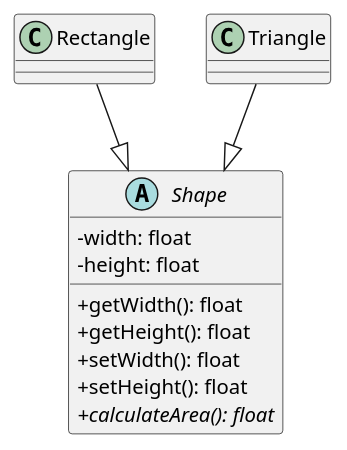
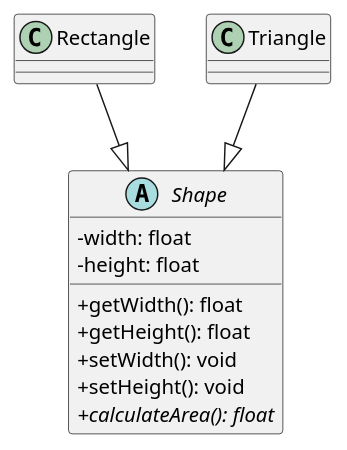
One commit to alangiralt-dot/tasca_s1_05 changed the diagram in nivell_1/exercici_2/diagram.puml. Above: the diagram before and after it, drawn with PlantUML.

Commit message:
docs(niv1 ex2): update return type of the setters

```diff
--- a/nivell_1/exercici_2/diagram.puml
+++ b/nivell_1/exercici_2/diagram.puml
@@ -1,16 +1,16 @@
 @startuml
 skinparam classAttributeIconSize 0
 abstract class Shape{
     - width: float
     - height: float
     + getWidth(): float
     + getHeight(): float
-    + setWidth(): float
-    + setHeight(): float
+    + setWidth(): void
+    + setHeight(): void
     + {abstract} calculateArea(): float
 }
 class Rectangle
 class Triangle
 Rectangle --|> Shape
 Triangle --|> Shape
 @enduml
```
